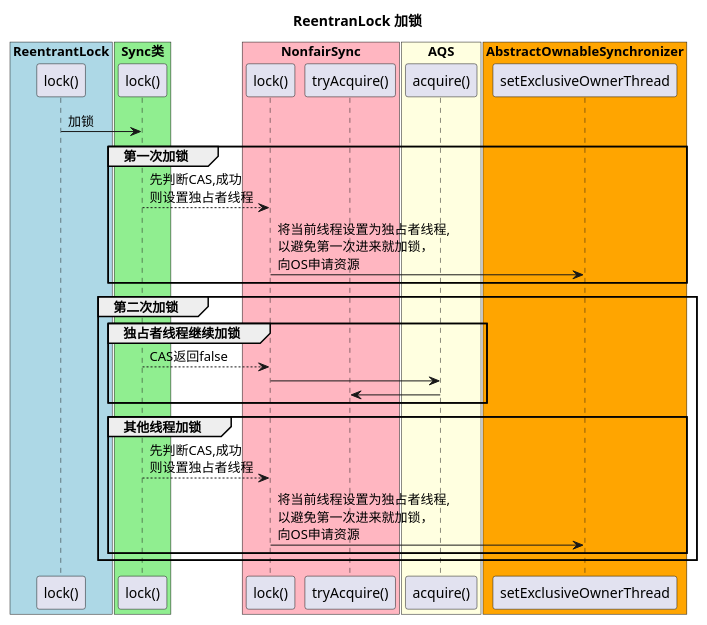
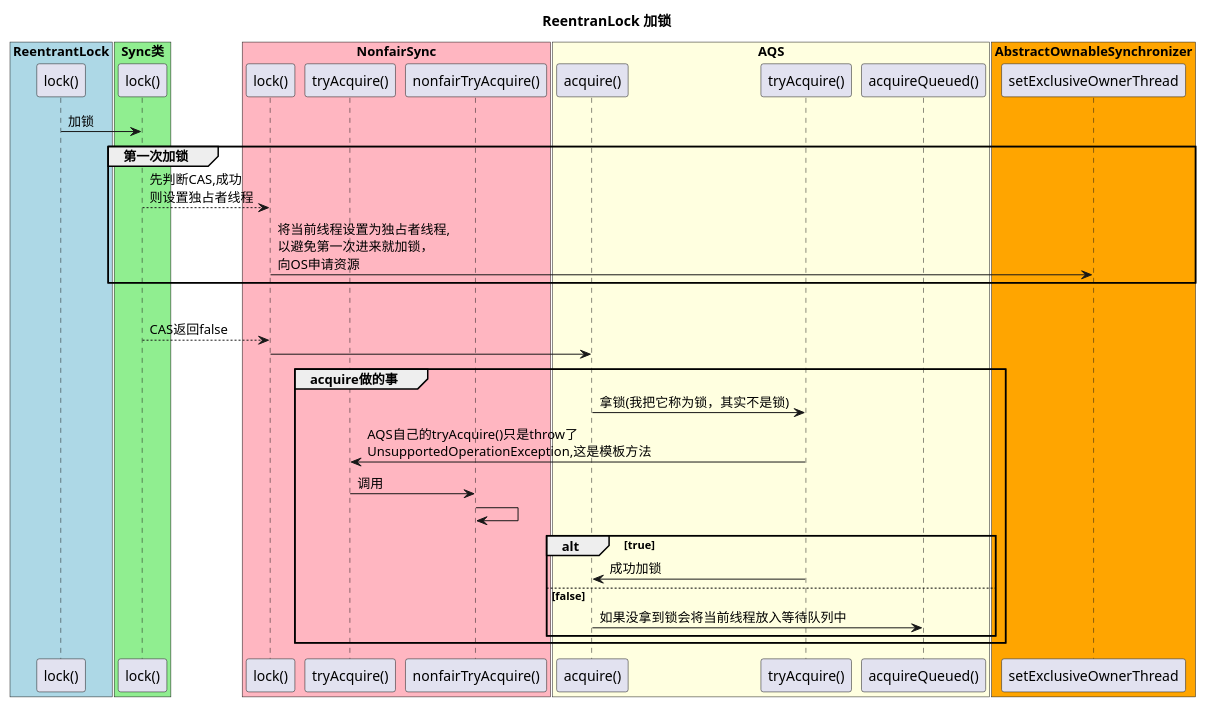
Before and after one commit to tipangkamen/ConcurrentProgramming: the diagram in src/main/java/AQS/AQS.puml, drawn with PlantUML. The commit also changed 1 other file, not shown here.

Commit message:
<feat>:AQS泳道图

```diff
--- a/src/main/java/AQS/AQS.puml
+++ b/src/main/java/AQS/AQS.puml
@@ -1,48 +1,57 @@
 @startuml
 
 title ReentranLock 加锁
 
 box "ReentrantLock" #LightBlue
-participant "lock()" as RLock
+    participant "lock()" as RLock
 end box
 
 box "Sync类" #LightGreen
-participant "lock()" as SLock
+    participant "lock()" as SLock
 end box
 
 box "NonfairSync" #LightPink
-participant "lock()" as NFLock
-participant "tryAcquire()" as NfTAc
+    participant "lock()" as NFLock
+    participant "tryAcquire()" as NFTAc
+    participant "nonfairTryAcquire()" as NFNFTAc
 end box
 
 box "AQS"  #LightYellow
-participant "acquire()" as AQSAc
+    participant "acquire()" as AQSAc
+    participant "tryAcquire()" as AQStAc
+    participant "acquireQueued()" as AQSacQu
 end box
 
 box "AbstractOwnableSynchronizer"  #Orange
-participant setExclusiveOwnerThread as setEx
+    participant setExclusiveOwnerThread as setEx
 end box
 
 
 
 
 RLock -> SLock:  加锁
 
 group 第一次加锁
-SLock --> NFLock: 先判断CAS,成功\n则设置独占者线程
-NFLock -> setEx: 将当前线程设置为独占者线程,\n以避免第一次进来就加锁，\n向OS申请资源
+    SLock --> NFLock: 先判断CAS,成功\n则设置独占者线程
+    NFLock -> setEx: 将当前线程设置为独占者线程,\n以避免第一次进来就加锁，\n向OS申请资源
 end
 
 group 第二次加锁
-    group 独占者线程继续加锁
+
     SLock --> NFLock: CAS返回false
-    NFLock -> AQSAc
-    AQSAc -> NfTAc:
+    NFLock -> AQSAc:
+    group acquire做的事
+    AQSAc  -> AQStAc: 拿锁(我把它称为锁，其实不是锁)
+    AQStAc -> NFTAc: AQS自己的tryAcquire()只是throw了\nUnsupportedOperationException,这是模板方法
+    NFTAc  -> NFNFTAc: 调用
+    NFNFTAc ->NFNFTAc:
+        alt true
+        AQStAc -> AQSAc: 成功加锁
+        else false
+        AQSAc -> AQSacQu: 如果没拿到锁会将当前线程放入等待队列中
     end
-    group 其他线程加锁
-    SLock --> NFLock: 先判断CAS,成功\n则设置独占者线程
-    NFLock -> setEx: 将当前线程设置为独占者线程,\n以避免第一次进来就加锁，\n向OS申请资源
-    end
+
+
 
 end
 @enduml
```
